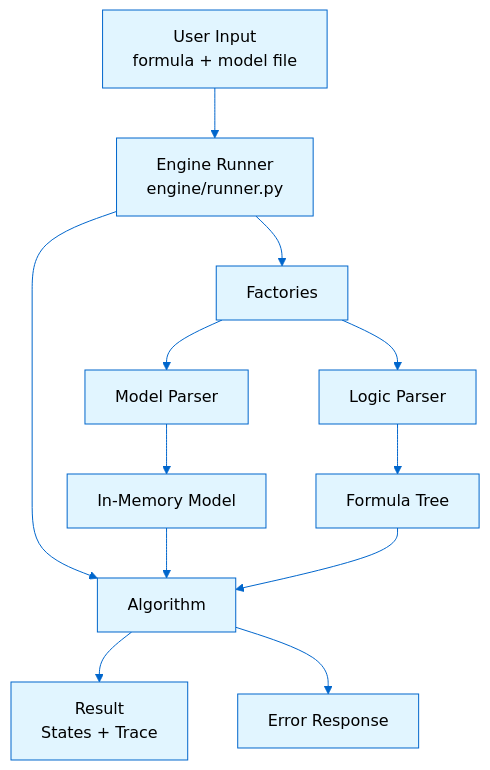
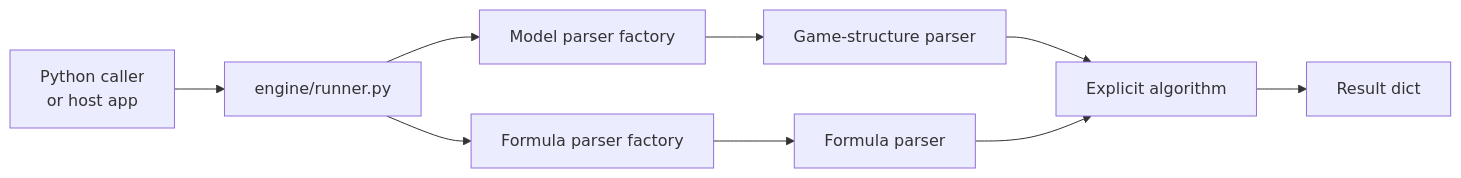
One commit to VITAMIN-organisation/vitamin-model-checker changed the first of 3 diagrams in docs/architecture.md. Above: the diagram before and after it, drawn with Mermaid. The commit also changed other lines of this file and 13 other files, not shown here.

````diff
--- a/docs/architecture.md
+++ b/docs/architecture.md
@@ -72,15 +13,18 @@
 ```mermaid
-%%{init: {'theme':'base', 'themeVariables': {'primaryColor':'#e1f5ff','primaryTextColor':'#000','primaryBorderColor':'#0066cc','lineColor':'#0066cc','secondaryColor':'#f0f0f0','tertiaryColor':'#ffffff'}}}%%
-flowchart TD
-    Input["User Input<br/>formula + model file"] --> Engine["Engine Runner<br/>engine/runner.py"]
-    Engine --> Factory["Factories"]
-    Factory --> ModelParser["Model Parser"]
-    Factory --> LogicParser["Logic Parser"]
-    ModelParser --> Model["In-Memory Model"]
-    LogicParser --> FormulaTree["Formula Tree"]
-    Engine --> Algorithm["Algorithm"]
-    Model --> Algorithm
-    FormulaTree --> Algorithm
-    Algorithm --> Result["Result<br/>States + Trace"]
-    Algorithm --> Error["Error Response"]
+flowchart LR
+    caller["Python caller<br/>or host app"]
+    runner["engine/runner.py"]
+    modelFactory["Model parser factory"]
+    formulaFactory["Formula parser factory"]
+    modelParser["Game-structure parser"]
+    formulaParser["Formula parser"]
+    algorithm["Explicit algorithm"]
+    result["Result dict"]
+
+    caller --> runner
+    runner --> modelFactory --> modelParser
+    runner --> formulaFactory --> formulaParser
+    modelParser --> algorithm
+    formulaParser --> algorithm
+    algorithm --> result
 ```
````
